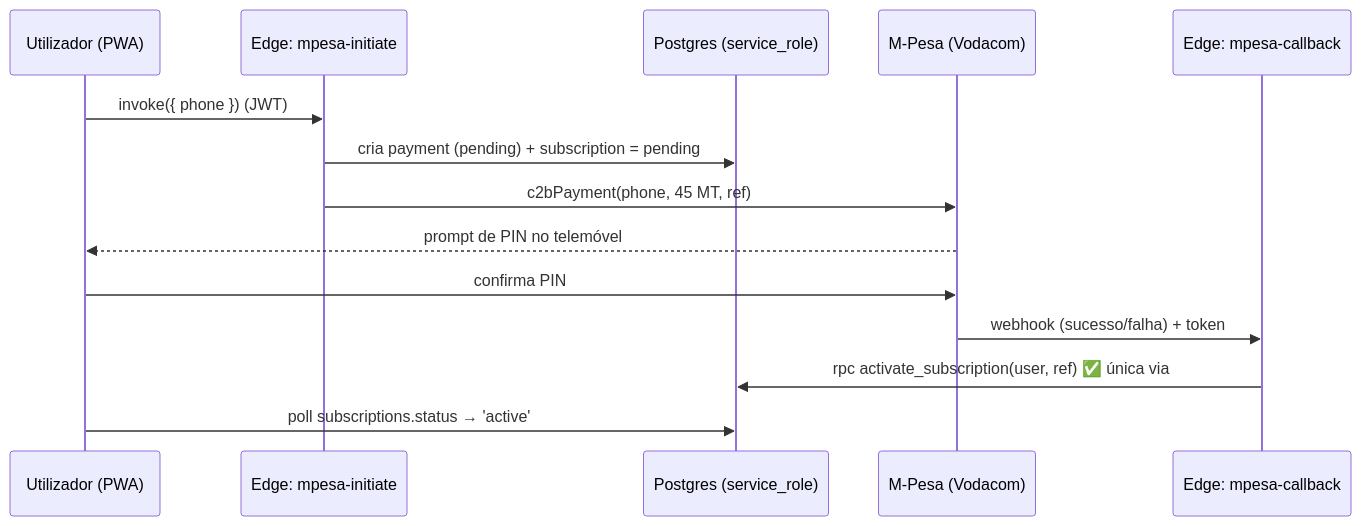
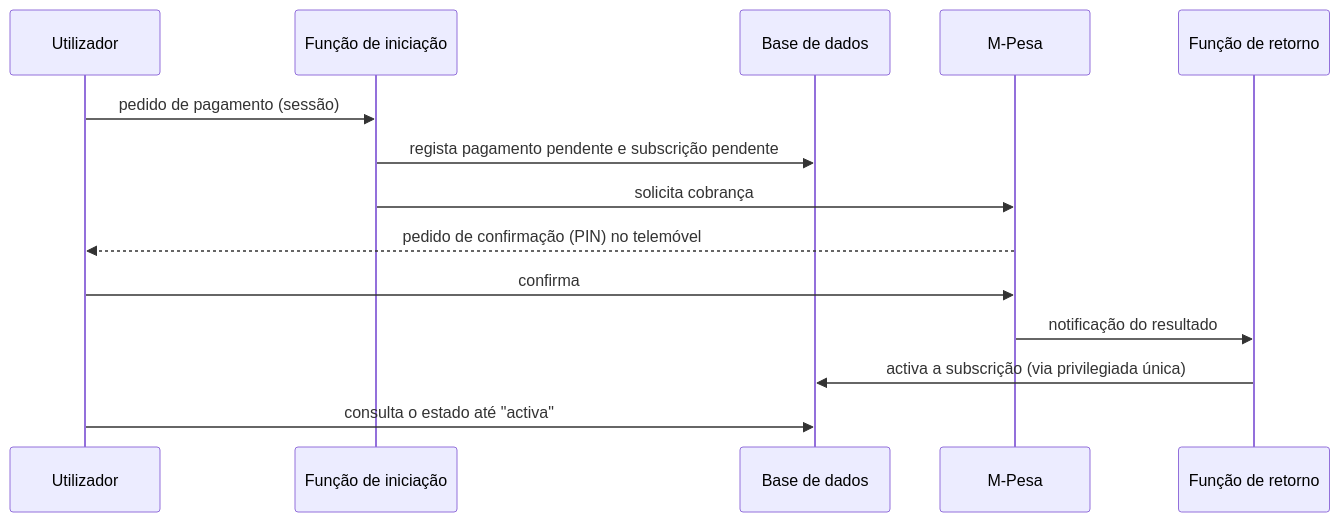
Before and after one commit to juniorclesionguni-source/zuri: the fourth of 10 diagrams in docs/RELATORIO.md, drawn with Mermaid. The commit also changed other lines of this file and 8 other files, not shown here.

````diff
--- a/docs/RELATORIO.md
+++ b/docs/RELATORIO.md
@@ -265,17 +257,17 @@
 ```mermaid
 sequenceDiagram
-  participant U as Utilizador (PWA)
-  participant EF as Edge: mpesa-initiate
-  participant DB as Postgres (service_role)
-  participant MP as M-Pesa (Vodacom)
-  participant CB as Edge: mpesa-callback
+  participant U as Utilizador
+  participant EF as Função de iniciação
+  participant DB as Base de dados
+  participant MP as M-Pesa
+  participant CB as Função de retorno
 
-  U->>EF: invoke({ phone })  (JWT)
-  EF->>DB: cria payment (pending) + subscription = pending
-  EF->>MP: c2bPayment(phone, 45 MT, ref)
-  MP-->>U: prompt de PIN no telemóvel
-  U->>MP: confirma PIN
-  MP->>CB: webhook (sucesso/falha) + token
-  CB->>DB: rpc activate_subscription(user, ref)  ✅ única via
-  U->>DB: poll subscriptions.status → 'active'
+  U->>EF: pedido de pagamento (sessão)
+  EF->>DB: regista pagamento pendente e subscrição pendente
+  EF->>MP: solicita cobrança
+  MP-->>U: pedido de confirmação (PIN) no telemóvel
+  U->>MP: confirma
+  MP->>CB: notificação do resultado
+  CB->>DB: activa a subscrição (via privilegiada única)
+  U->>DB: consulta o estado até "activa"
 ```
````
